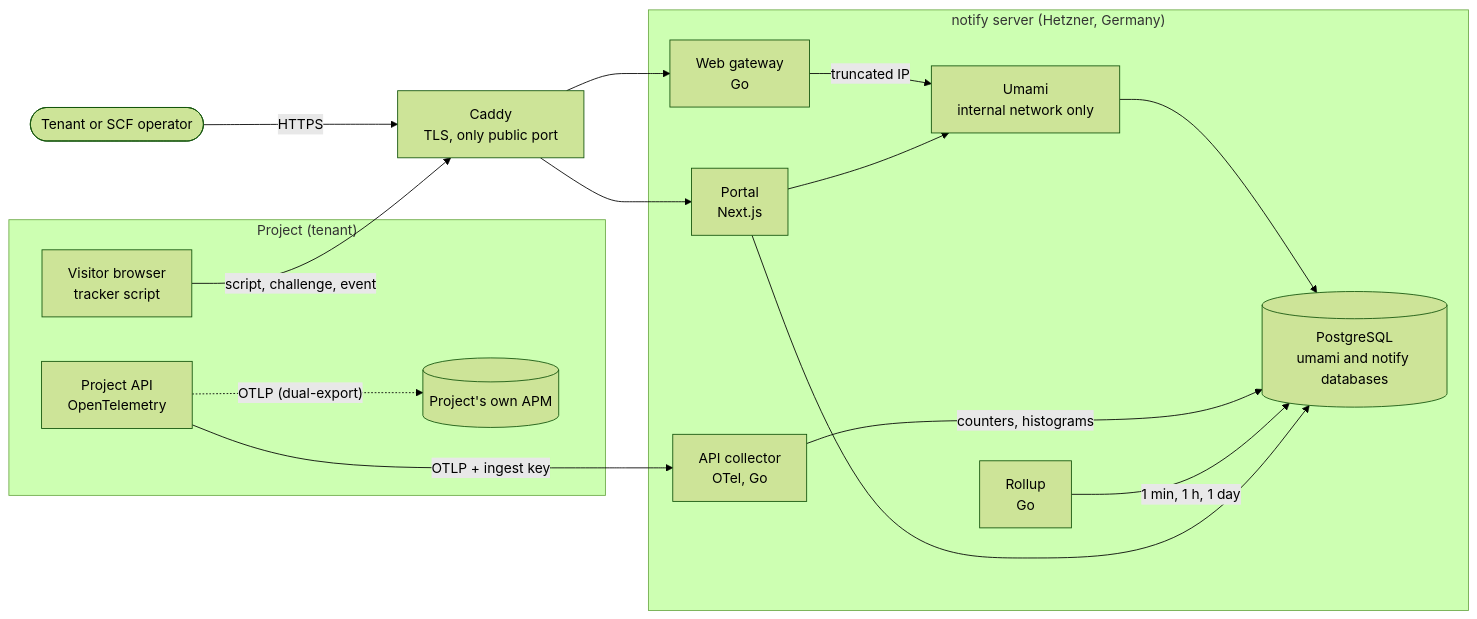
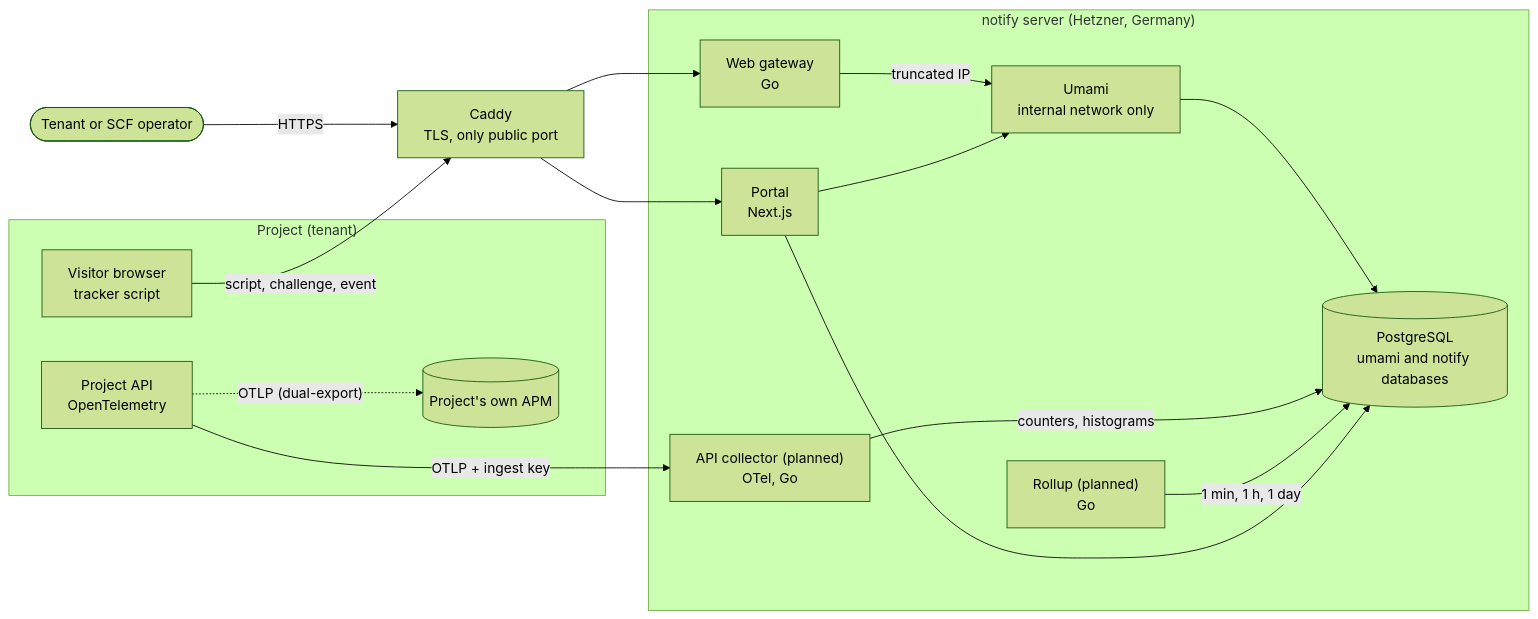
The diagram in docs/proposta/proposal.md (manucadev81/stellytics), drawn with Mermaid (forest theme) before and after one commit. The commit also changed other lines of this file and 1 other file, not shown here.

````diff
--- a/docs/proposta/proposal.md
+++ b/docs/proposta/proposal.md
@@ -52,30 +54,30 @@
 ```mermaid
 flowchart LR
   subgraph tenant["Project (tenant)"]
     nav["Visitor browser<br/>tracker script"]
     api["Project API<br/>OpenTelemetry"]
     apm[("Project's own APM")]
   end
   person(["Tenant or SCF operator"])
   caddy["Caddy<br/>TLS, only public port"]
   subgraph vm["notify server (Hetzner, Germany)"]
     portal["Portal<br/>Next.js"]
     gw["Web gateway<br/>Go"]
     umami["Umami<br/>internal network only"]
-    col["API collector<br/>OTel, Go"]
-    roll["Rollup<br/>Go"]
+    col["API collector (planned)<br/>OTel, Go"]
+    roll["Rollup (planned)<br/>Go"]
     pg[("PostgreSQL<br/>umami and notify databases")]
   end
   nav -->|"script, challenge, event"| caddy
   api -->|"OTLP + ingest key"| col
   api -.->|"OTLP (dual-export)"| apm
   person -->|HTTPS| caddy
   caddy --> gw
   caddy --> portal
   gw -->|"truncated IP"| umami
   umami --> pg
   col -->|"counters, histograms"| pg
   roll -->|"1 min, 1 h, 1 day"| pg
   portal --> umami
   portal --> pg
 ```
````
